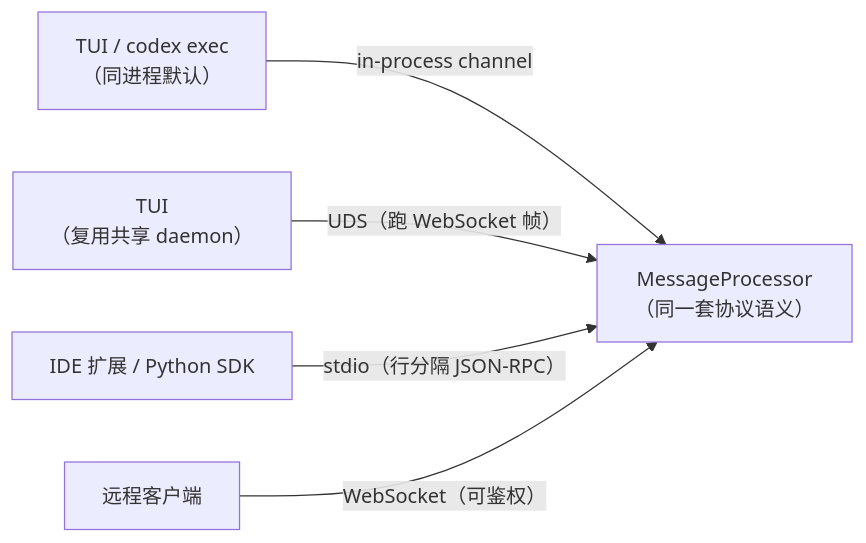
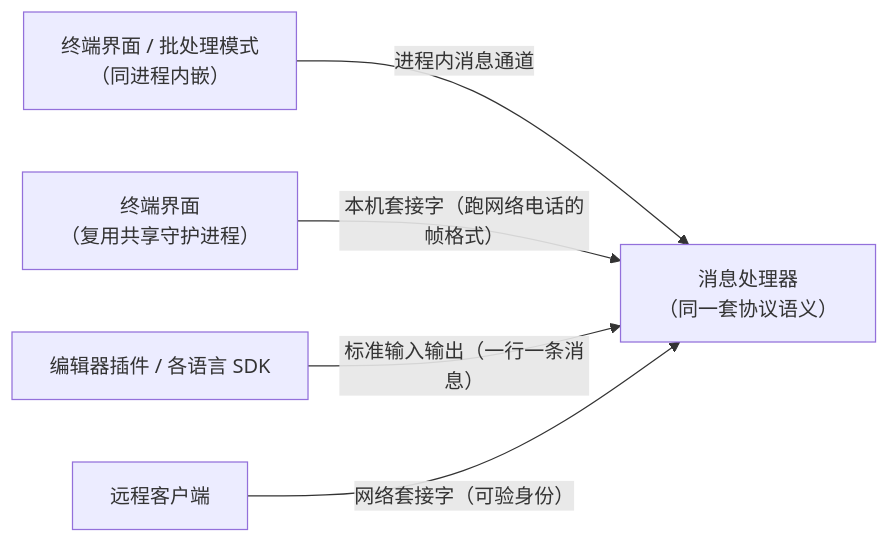
The first of 2 diagrams in src/part2/process-and-transport.md (13927/codex-book), drawn with Mermaid before and after one commit. The commit also changed other lines of this file and 14 other files, not shown here.

````diff
--- a/src/part2/process-and-transport.md
+++ b/src/part2/process-and-transport.md
@@ -41,13 +50,13 @@
 ```mermaid
 graph LR
-    TUI["TUI / codex exec<br/>（同进程默认）"]
-    TUI2["TUI<br/>（复用共享 daemon）"]
-    IDE["IDE 扩展 / Python SDK"]
+    TUI["终端界面 / 批处理模式<br/>（同进程内嵌）"]
+    TUI2["终端界面<br/>（复用共享守护进程）"]
+    IDE["编辑器插件 / 各语言 SDK"]
     REM["远程客户端"]
-    MP["MessageProcessor<br/>（同一套协议语义）"]
+    MP["消息处理器<br/>（同一套协议语义）"]
 
-    TUI -- "in-process channel" --> MP
-    TUI2 -- "UDS（跑 WebSocket 帧）" --> MP
-    IDE -- "stdio（行分隔 JSON-RPC）" --> MP
-    REM -- "WebSocket（可鉴权）" --> MP
+    TUI -- "进程内消息通道" --> MP
+    TUI2 -- "本机套接字（跑网络电话的帧格式）" --> MP
+    IDE -- "标准输入输出（一行一条消息）" --> MP
+    REM -- "网络套接字（可验身份）" --> MP
 ```
````
